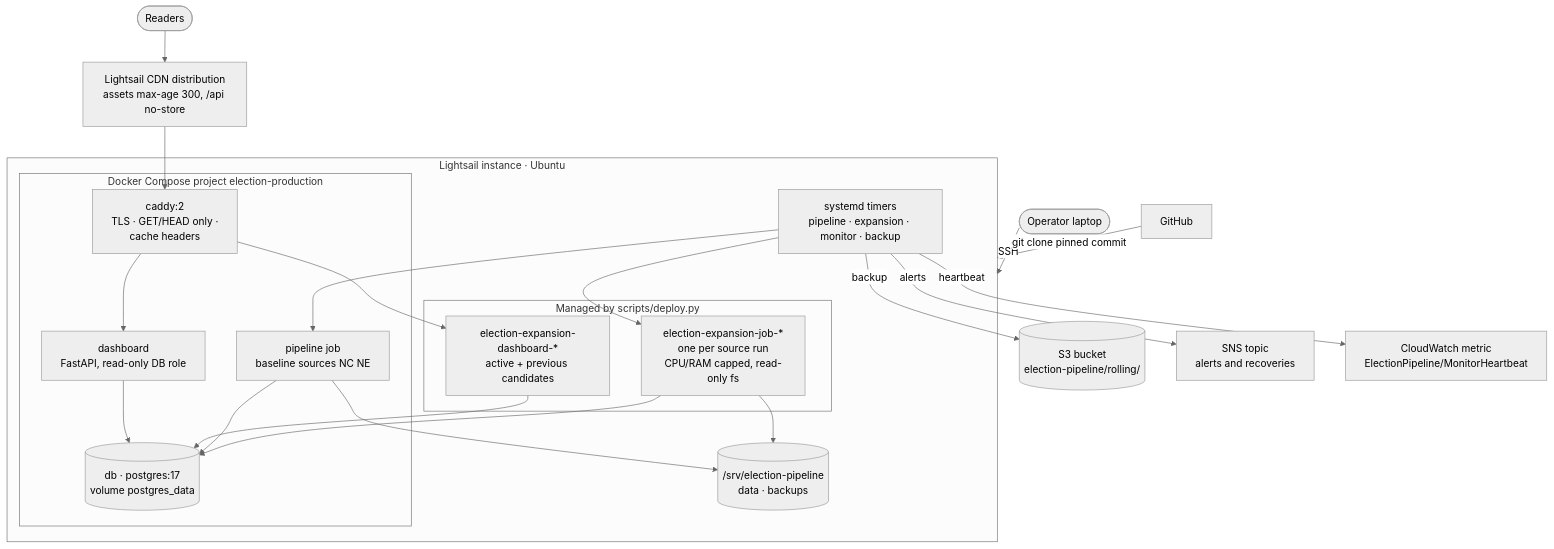
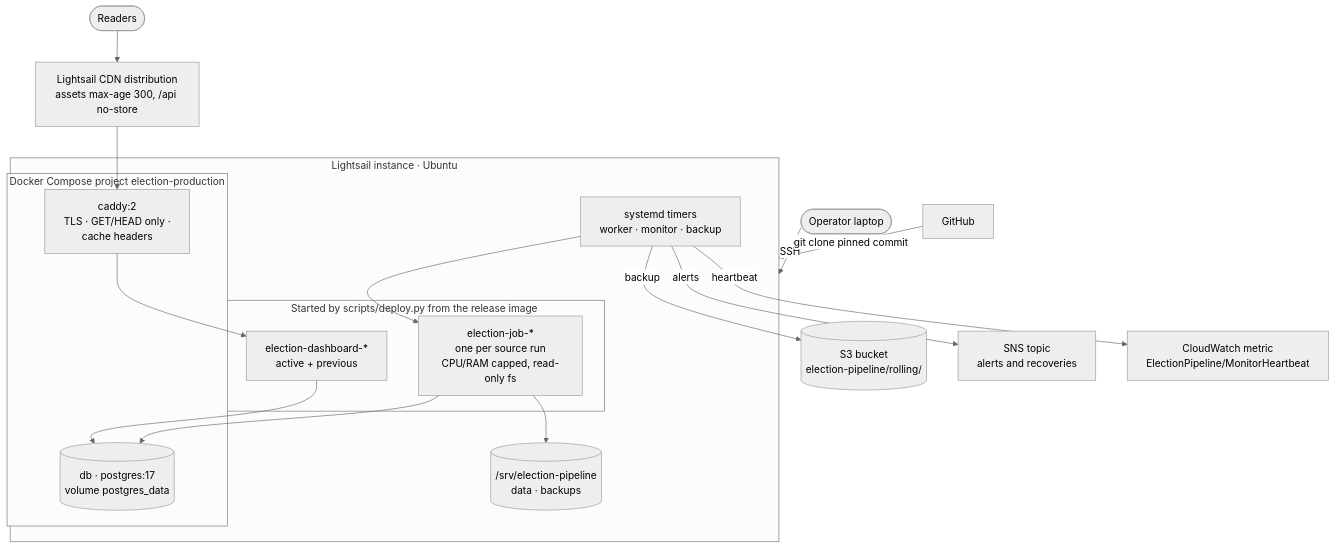
Before and after one commit to Naman4561/us-election-results-pipeline: the first of 3 diagrams in docs/architecture/aws-infrastructure.md, drawn with Mermaid (neutral theme). The commit also changed other lines of this file and 11 other files, not shown here.

First line of the commit message:
refactor: remove dead code, update README and architecture docs

````diff
--- a/docs/architecture/aws-infrastructure.md
+++ b/docs/architecture/aws-infrastructure.md
@@ -9,33 +9,31 @@
 ```mermaid
 flowchart TB
     U(["Readers"]) --> CDN["Lightsail CDN distribution<br/>assets max-age 300, /api no-store"]
     CDN --> CADDY
 
     subgraph LS["Lightsail instance · Ubuntu"]
         subgraph compose["Docker Compose project election-production"]
             CADDY["caddy:2<br/>TLS · GET/HEAD only ·<br/>cache headers"]
-            DASH["dashboard<br/>FastAPI, read-only DB role"]
             DB[("db · postgres:17<br/>volume postgres_data")]
-            PIPE["pipeline job<br/>baseline sources NC NE"]
         end
-        subgraph expansion["Managed by scripts/deploy.py"]
-            JOBS["election-expansion-job-*<br/>one per source run<br/>CPU/RAM capped, read-only fs"]
-            CAND["election-expansion-dashboard-*<br/>active + previous candidates"]
+        subgraph owned["Started by scripts/deploy.py from the release image"]
+            JOBS["election-job-*<br/>one per source run<br/>CPU/RAM capped, read-only fs"]
+            DASH["election-dashboard-*<br/>active + previous"]
         end
-        TIMERS["systemd timers<br/>pipeline · expansion · monitor · backup"]
+        TIMERS["systemd timers<br/>worker · monitor · backup"]
         DATA[("/srv/election-pipeline<br/>data · backups")]
     end
 
-    CADDY --> DASH & CAND
-    DASH & CAND --> DB
-    PIPE & JOBS --> DB
-    PIPE & JOBS --> DATA
-    TIMERS --> PIPE & JOBS
+    CADDY --> DASH
+    DASH --> DB
+    JOBS --> DB
+    JOBS --> DATA
+    TIMERS --> JOBS
 
     TIMERS -- backup --> S3[("S3 bucket<br/>election-pipeline/rolling/")]
     TIMERS -- alerts --> SNS["SNS topic<br/>alerts and recoveries"]
     TIMERS -- heartbeat --> CW["CloudWatch metric<br/>ElectionPipeline/MonitorHeartbeat"]
 
     OPS(["Operator laptop"]) -- SSH --> LS
     GH["GitHub"] -- "git clone pinned commit" --> LS
 ```
````
